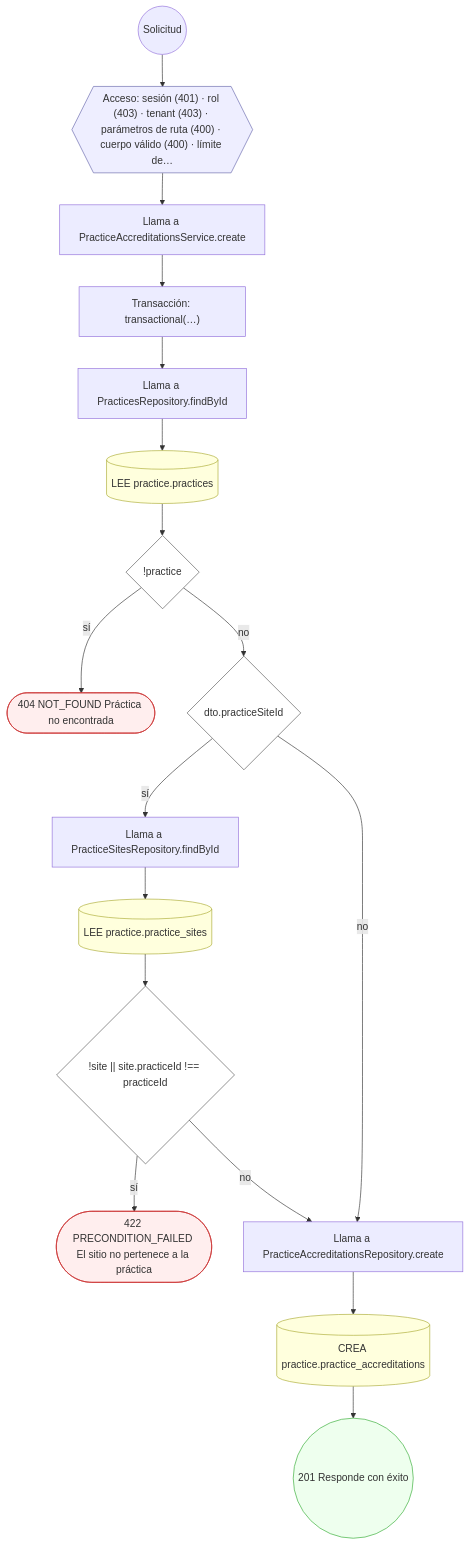
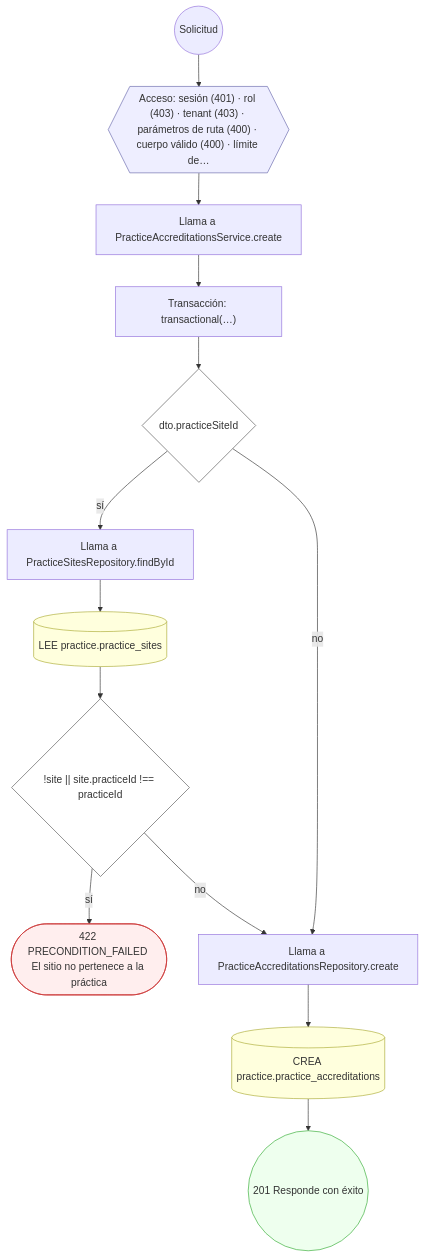
Before and after one commit to mdavila-2001/mantra-core-health-api: the sixth of 30 diagrams in docs/inventario/flujos/practice.md, drawn with Mermaid. The commit also changed other lines of this file and 438 other files, not shown here.

````diff
--- a/docs/inventario/flujos/practice.md
+++ b/docs/inventario/flujos/practice.md
@@ -465,41 +461,33 @@
 ```mermaid
 flowchart TD
   n1(("Solicitud")):::inicio
   n2{{"Acceso: sesión (401) · rol (403) · tenant (403) · parámetros de ruta (400) · cuerpo válido (400) · límite de…"}}:::acceso
   n1 --> n2
   n3["Llama a PracticeAccreditationsService.create"]:::llamada
   n2 --> n3
   n4["Transacción: transactional(…)"]:::transaccion
   n3 --> n4
-  n5["Llama a PracticesRepository.findById"]:::llamada
+  n5{"dto.practiceSiteId"}:::decision
   n4 --> n5
-  n6[("LEE practice.practices")]:::efecto
-  n5 --> n6
-  n7{"!practice"}:::decision
+  n6["Llama a PracticeSitesRepository.findById"]:::llamada
+  n5 -->|"sí"| n6
+  n7[("LEE practice.practice_sites")]:::efecto
   n6 --> n7
-  n8(["404 NOT_FOUND Práctica no encontrada"]):::error
-  n7 -->|"sí"| n8
-  n9{"dto.practiceSiteId"}:::decision
-  n7 -->|"no"| n9
-  n10["Llama a PracticeSitesRepository.findById"]:::llamada
-  n9 -->|"sí"| n10
-  n11[("LEE practice.practice_sites")]:::efecto
+  n8{"!site || site.practiceId !== practiceId"}:::decision
+  n7 --> n8
+  n9(["422 PRECONDITION_FAILED El sitio no pertenece a la práctica"]):::error
+  n8 -->|"sí"| n9
+  n10["Llama a PracticeAccreditationsRepository.create"]:::llamada
+  n8 -->|"no"| n10
+  n5 -->|"no"| n10
+  n11[("CREA practice.practice_accreditations")]:::efecto
   n10 --> n11
-  n12{"!site || site.practiceId !== practiceId"}:::decision
+  n12(("201 Responde con éxito")):::ok
   n11 --> n12
-  n13(["422 PRECONDITION_FAILED El sitio no pertenece a la práctica"]):::error
-  n12 -->|"sí"| n13
-  n14["Llama a PracticeAccreditationsRepository.create"]:::llamada
-  n12 -->|"no"| n14
-  n9 -->|"no"| n14
-  n15[("CREA practice.practice_accreditations")]:::efecto
-  n14 --> n15
-  n16(("201 Responde con éxito")):::ok
-  n15 --> n16
   classDef acceso fill:#eef,stroke:#66a
   classDef error fill:#fee,stroke:#c33
   classDef ok fill:#efe,stroke:#3a3
   classDef efecto fill:#ffd,stroke:#aa3
   classDef decision fill:#fff,stroke:#555
   classDef corte fill:#eee,stroke:#999,stroke-dasharray: 4
 ```
````
